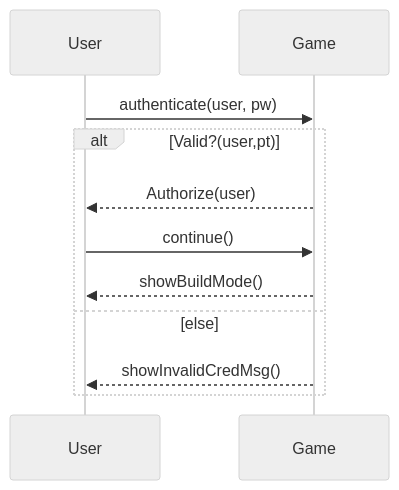
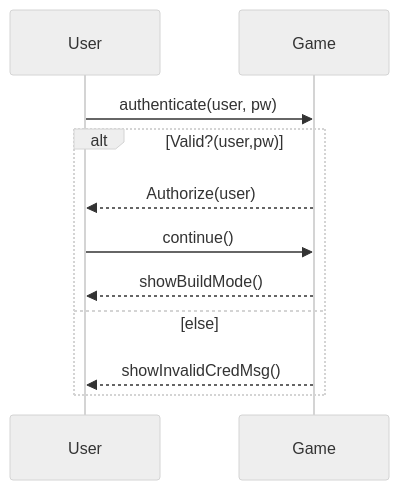
One commit to Shamdan17/Bricking_Bad changed the diagram in system-sequence-diagrams/authenticate.md. Above: the diagram before and after it, drawn with Mermaid (neutral theme).

Commit message:
Fixed typo ((Valid?(user,pt)-->Valid?(user,pw))

````diff
--- a/system-sequence-diagrams/authenticate.md
+++ b/system-sequence-diagrams/authenticate.md
@@ -3,14 +3,14 @@
 ```mermaid
 sequenceDiagram
 participant User
 participant Game
 User->> Game: authenticate(user, pw)
-alt Valid?(user,pt)
+alt Valid?(user,pw)
 	Game-->>User: Authorize(user)
 	User->>Game: continue()
 	Game-->>User: showBuildMode()
 else else
 	Game-->>User: showInvalidCredMsg()
 end
 
 ```
````
